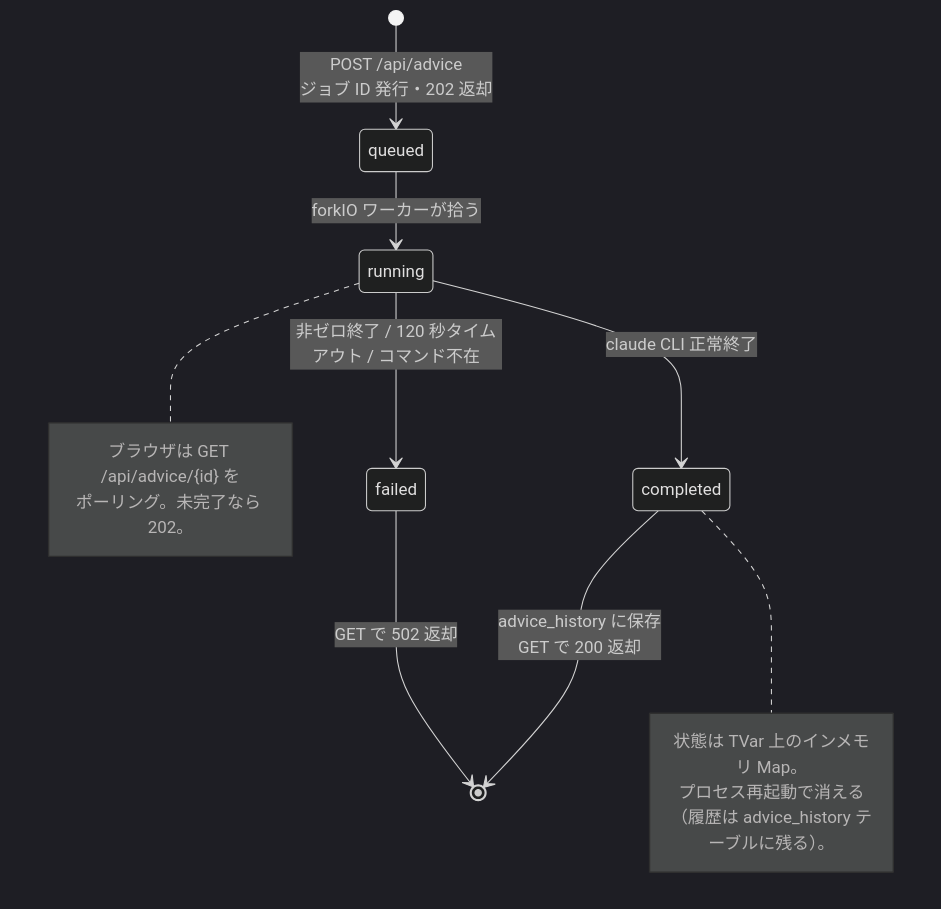
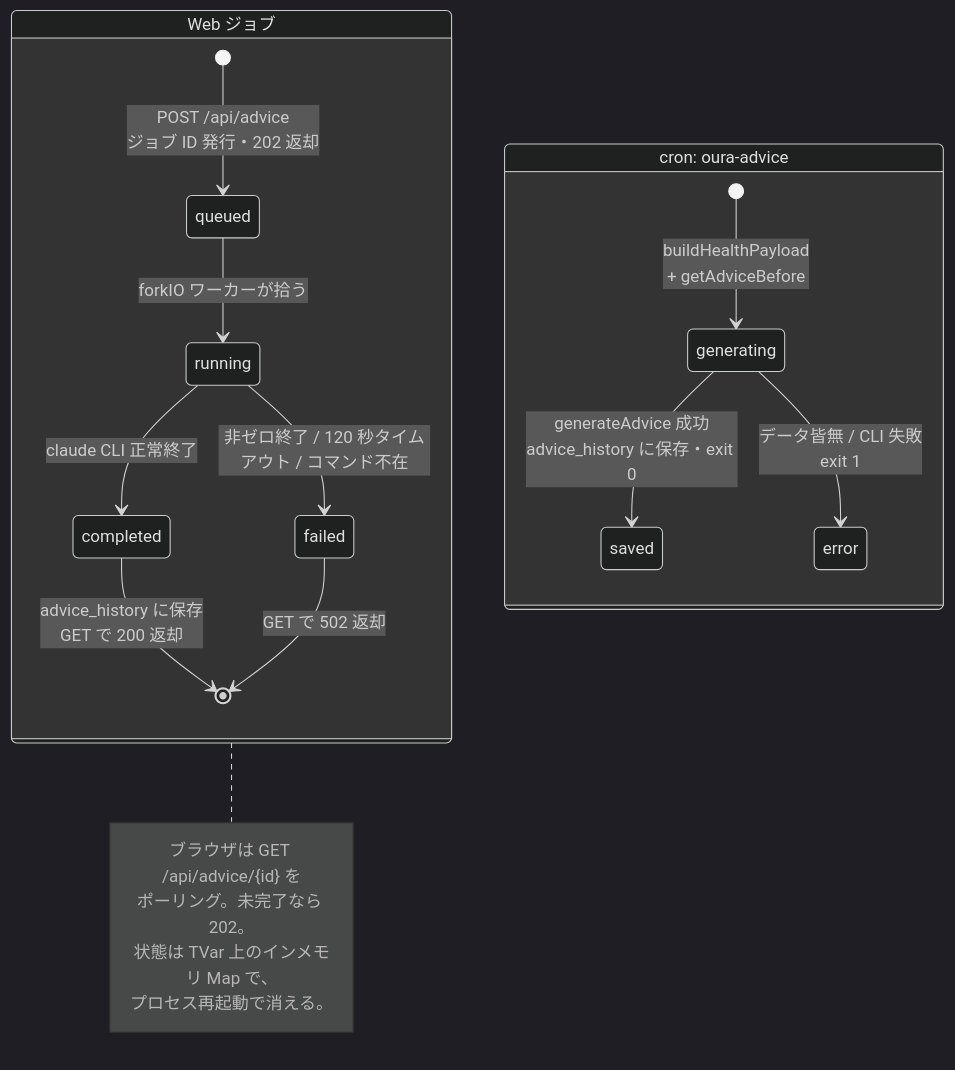
One commit to ikuya/oura-dashboard-hs changed the third of 4 diagrams in docs/code-overview.md. Above: the diagram before and after it, drawn with Mermaid (dark theme). The commit also changed other lines of this file, not shown here.

````diff
--- a/docs/code-overview.md
+++ b/docs/code-overview.md
@@ -156,21 +182,24 @@
 ```mermaid
 stateDiagram-v2
-    [*] --> queued: POST /api/advice<br/>ジョブ ID 発行・202 返却
-    queued --> running: forkIO ワーカーが拾う
-    running --> completed: claude CLI 正常終了
-    running --> failed: 非ゼロ終了 / 120 秒タイムアウト / コマンド不在
+    state "Web ジョブ" as web {
+        [*] --> queued: POST /api/advice<br/>ジョブ ID 発行・202 返却
+        queued --> running: forkIO ワーカーが拾う
+        running --> completed: claude CLI 正常終了
+        running --> failed: 非ゼロ終了 / 120 秒タイムアウト / コマンド不在
+        completed --> [*]: advice_history に保存<br/>GET で 200 返却
+        failed --> [*]: GET で 502 返却
+    }
 
-    completed --> [*]: advice_history に保存<br/>GET で 200 返却
-    failed --> [*]: GET で 502 返却
+    state "cron: oura-advice" as cron {
+        [*] --> generating: buildHealthPayload<br/>+ getAdviceBefore
+        generating --> saved: generateAdvice 成功<br/>advice_history に保存・exit 0
+        generating --> error: データ皆無 / CLI 失敗<br/>exit 1
+    }
 
-    note right of running
+    note right of web
         ブラウザは GET /api/advice/{id} を
         ポーリング。未完了なら 202。
-    end note
-
-    note right of completed
-        状態は TVar 上のインメモリ Map。
-        プロセス再起動で消える
-        （履歴は advice_history テーブルに残る）。
+        状態は TVar 上のインメモリ Map で、
+        プロセス再起動で消える。
     end note
 ```
````
